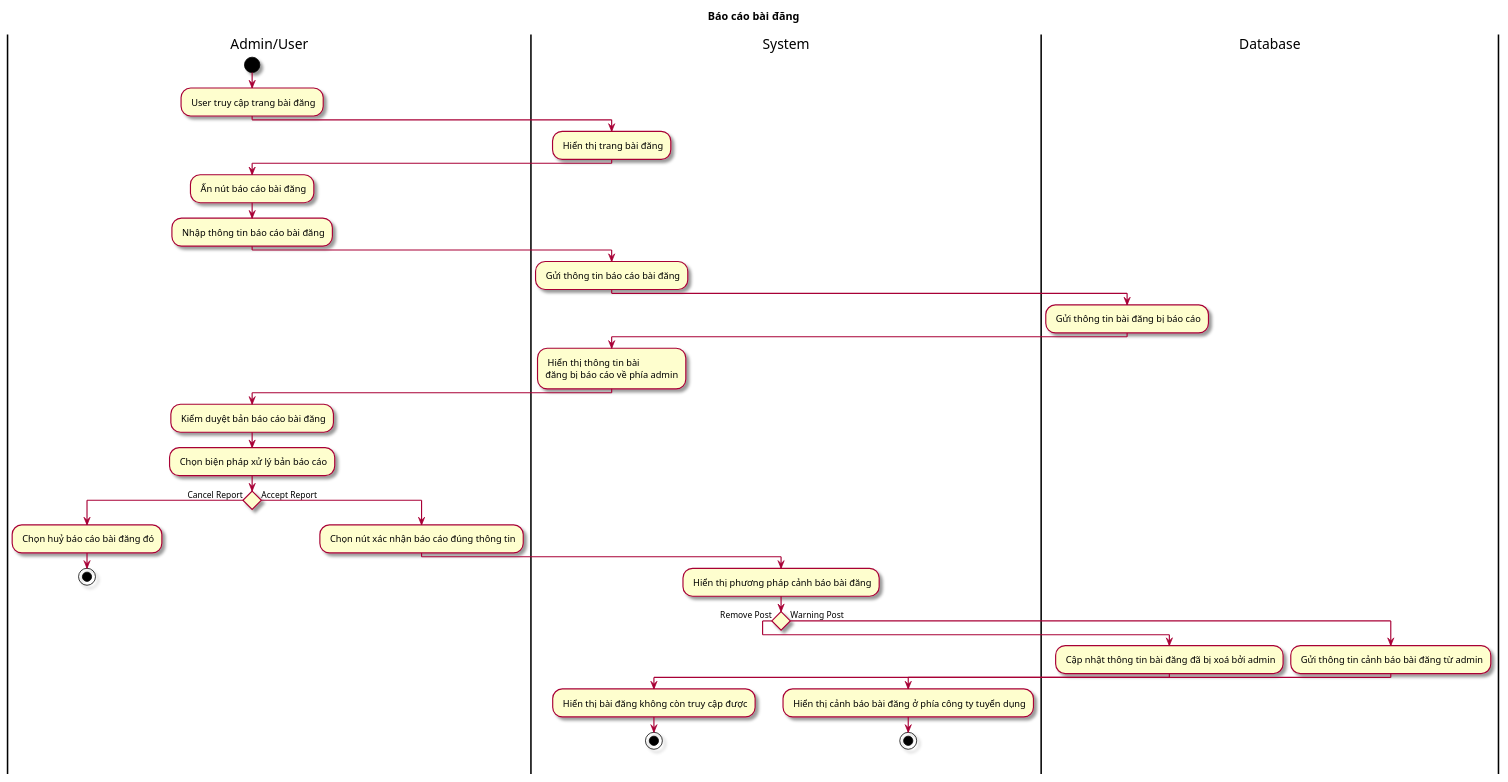
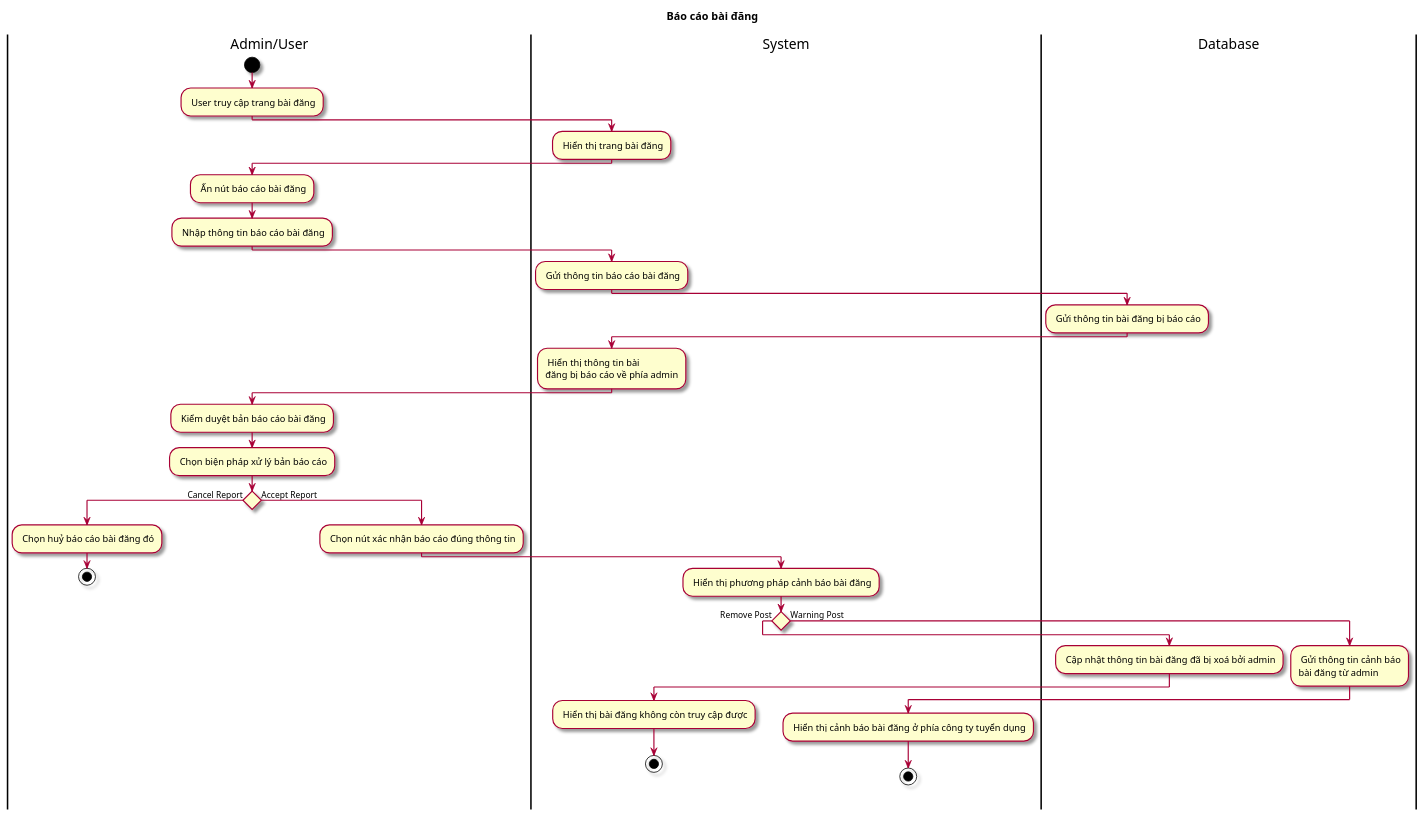
One commit to Griselda4774/EAS-EmploymentAssistanceSystem changed the diagram in Lab1/Lab 1.2 Diagram/Activity/FileUML/4.1 ActBaoCaoBaiDang.puml. Above: the diagram before and after it, drawn with PlantUML. The commit also changed 5 other files, not shown here.

```diff
--- a/Lab1/Lab 1.2 Diagram/Activity/FileUML/4.1 ActBaoCaoBaiDang.puml
+++ b/Lab1/Lab 1.2 Diagram/Activity/FileUML/4.1 ActBaoCaoBaiDang.puml
@@ -1,41 +1,41 @@
 @startuml ActBaoCaoBaiDang
 skin rose
 title Báo cáo bài đăng
 |Admin/User|
 start
 : User truy cập trang bài đăng;
 |System|
 : Hiển thị trang bài đăng;
 |Admin/User|
 : Ấn nút báo cáo bài đăng;
 : Nhập thông tin báo cáo bài đăng;
 |System|
 : Gửi thông tin báo cáo bài đăng;
 |Database|
 : Gửi thông tin bài đăng bị báo cáo;
 |System|
 : Hiển thị thông tin bài \nđăng bị báo cáo về phía admin;
 |Admin/User|
 : Kiểm duyệt bản báo cáo bài đăng;
 : Chọn biện pháp xử lý bản báo cáo;
 if () then (Cancel Report)
 : Chọn huỷ báo cáo bài đăng đó;
 stop
 else (Accept Report)
 : Chọn nút xác nhận báo cáo đúng thông tin;
 |System|
 : Hiển thị phương pháp cảnh báo bài đăng;
 if () then (Remove Post)
 |Database|
 : Cập nhật thông tin bài đăng đã bị xoá bởi admin;
 |System|
 : Hiển thị bài đăng không còn truy cập được;
 stop
 else (Warning Post)
 |Database|
-: Gửi thông tin cảnh báo bài đăng từ admin;
+: Gửi thông tin cảnh báo\nbài đăng từ admin;
 |System|
 : Hiển thị cảnh báo bài đăng ở phía công ty tuyển dụng;
 stop
 
 @enduml
```
